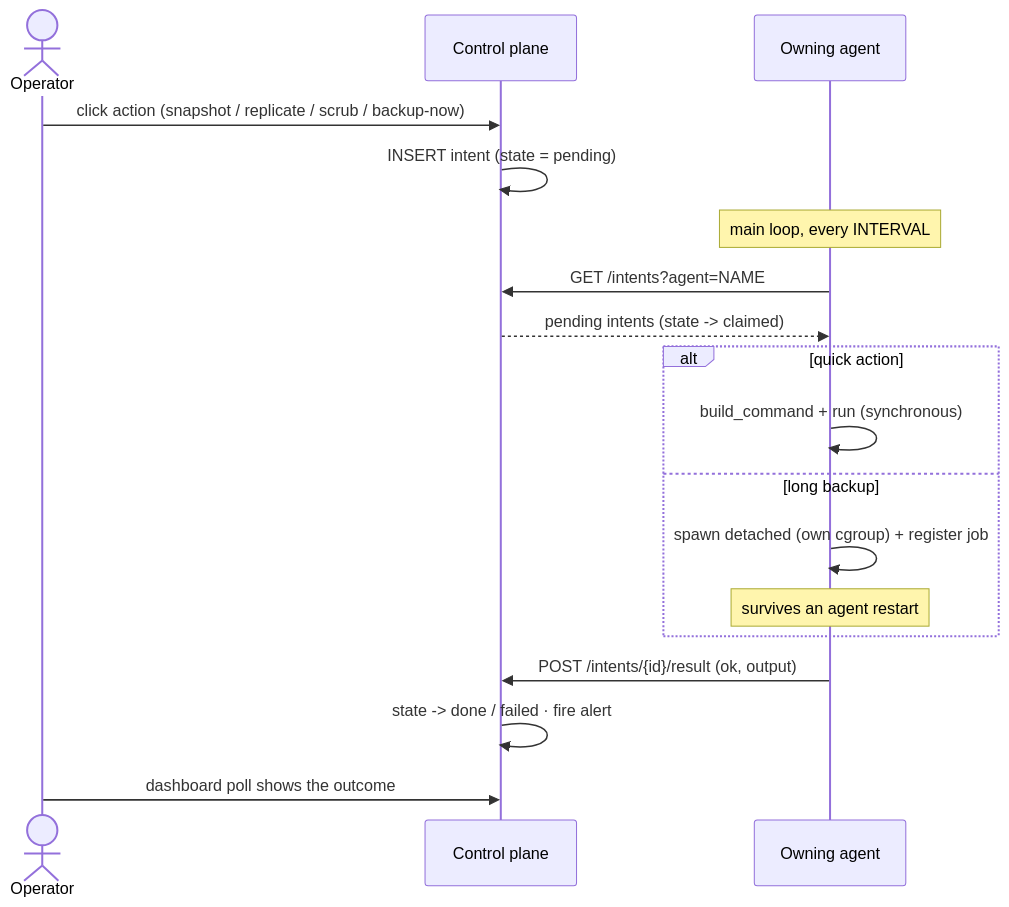
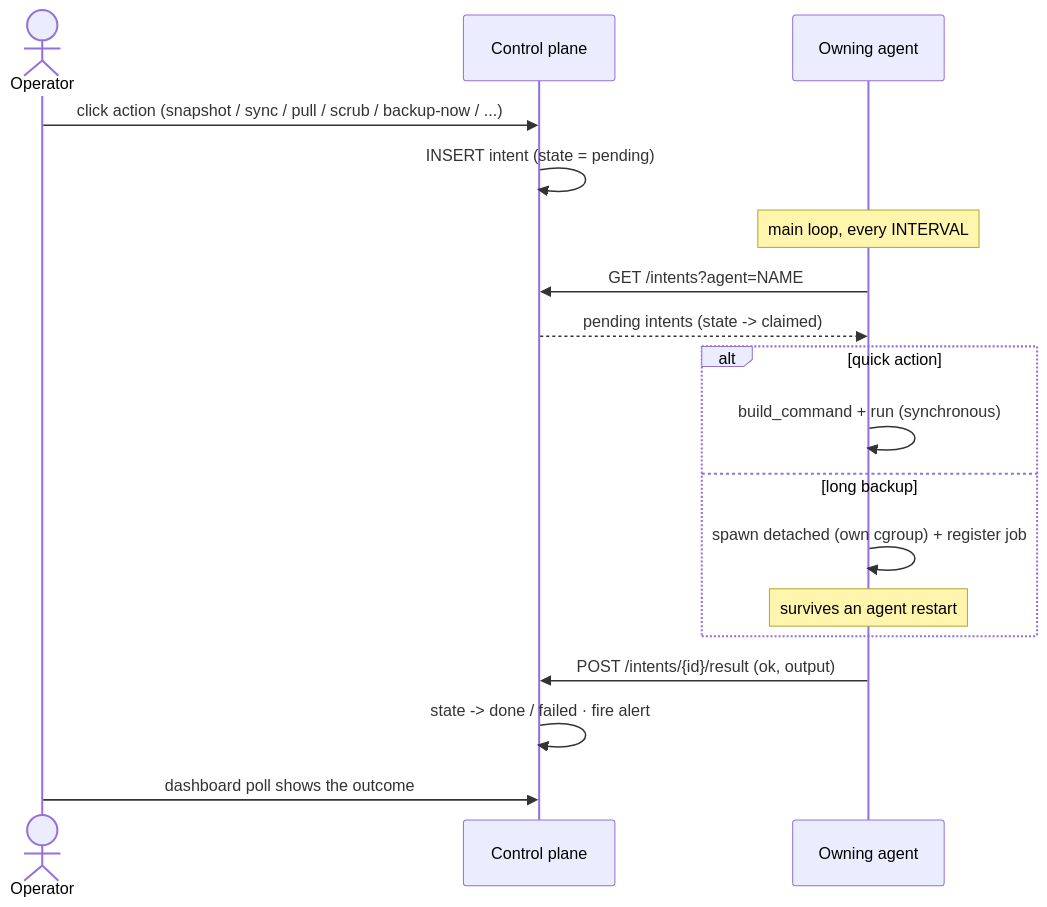
The second of 3 diagrams in docs/architecture.md (jmichelsen/cairn), drawn with Mermaid before and after one commit. The commit also changed other lines of this file and 13 other files, not shown here.

````diff
--- a/docs/architecture.md
+++ b/docs/architecture.md
@@ -61,21 +64,21 @@
 ```mermaid
 sequenceDiagram
   actor Op as Operator
   participant API as Control plane
   participant Ag as Owning agent
 
-  Op->>API: click action (snapshot / replicate / scrub / backup-now)
+  Op->>API: click action (snapshot / sync / pull / scrub / backup-now / ...)
   API->>API: INSERT intent (state = pending)
   Note over Ag: main loop, every INTERVAL
   Ag->>API: GET /intents?agent=NAME
   API-->>Ag: pending intents  (state -> claimed)
   alt quick action
     Ag->>Ag: build_command + run (synchronous)
   else long backup
     Ag->>Ag: spawn detached (own cgroup) + register job
     Note over Ag: survives an agent restart
   end
   Ag->>API: POST /intents/{id}/result (ok, output)
   API->>API: state -> done / failed · fire alert
   Op->>API: dashboard poll shows the outcome
 ```
````
